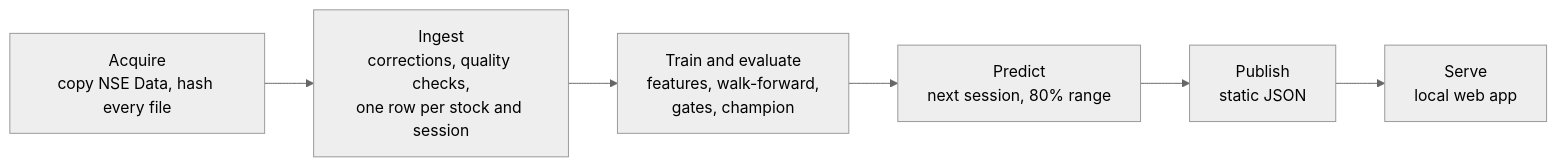
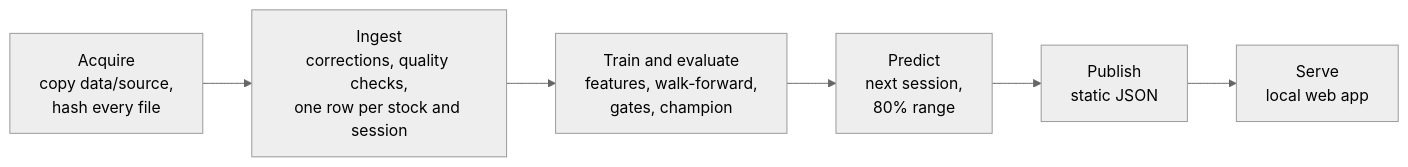
One commit to duotkuerduot/NSE-Time-Series changed the diagram in docs/methodology.md. Above: the diagram before and after it, drawn with Mermaid (neutral theme). The commit also changed other lines of this file and 193 other files, not shown here.

````diff
--- a/docs/methodology.md
+++ b/docs/methodology.md
@@ -31,8 +34,8 @@
 ```mermaid
 flowchart LR
-  A[Acquire<br/>copy NSE Data, hash every file] --> B[Ingest<br/>corrections, quality checks,<br/>one row per stock and session]
-  B --> C[Train and evaluate<br/>features, walk-forward,<br/>gates, champion]
-  C --> D[Predict<br/>next session, 80% range]
-  D --> E[Publish<br/>static JSON]
-  E --> F[Serve<br/>local web app]
+  A["Acquire<br/>copy data/source,<br/>hash every file"] --> B["Ingest<br/>corrections, quality checks,<br/>one row per stock and session"]
+  B --> C["Train and evaluate<br/>features, walk-forward,<br/>gates, champion"]
+  C --> D["Predict<br/>next session,<br/>80% range"]
+  D --> E["Publish<br/>static JSON"]
+  E --> F["Serve<br/>local web app"]
 ```
````
